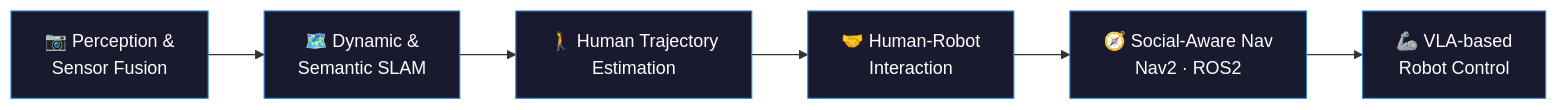
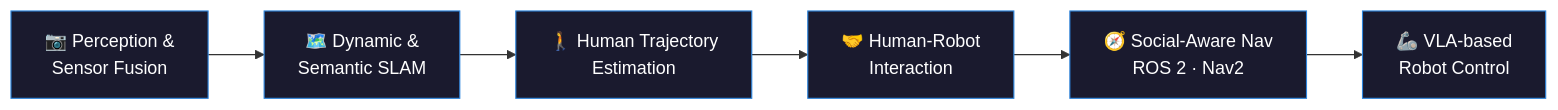
Before and after one commit to basheeraltawil/basheeraltawil: the diagram in README.md, drawn with Mermaid. The commit also changed other lines of this file, not shown here.

````diff
--- a/README.md
+++ b/README.md
@@ -27,15 +40,15 @@
 ```mermaid
 flowchart LR
-    A["📷 Perception &\nSensor Fusion"] --> B["🗺️ Dynamic &\nSemantic SLAM"]
-    B --> C["🚶 Human Trajectory\nEstimation"]
-    C --> D["🤝 Human-Robot\nInteraction"]
-    D --> E["🧭 Social-Aware Nav\nNav2 · ROS2"]
-    E --> F["🦾 VLA-based\nRobot Control"]
+    A["📷 Perception &<br/>Sensor Fusion"] --> B["🗺️ Dynamic &<br/>Semantic SLAM"]
+    B --> C["🚶 Human Trajectory<br/>Estimation"]
+    C --> D["🤝 Human-Robot<br/>Interaction"]
+    D --> E["🧭 Social-Aware Nav<br/>ROS 2 · Nav2"]
+    E --> F["🦾 VLA-based<br/>Robot Control"]
 
     style A fill:#1a1a2e,stroke:#2E86DE,color:#fff
     style B fill:#1a1a2e,stroke:#2E86DE,color:#fff
     style C fill:#1a1a2e,stroke:#2E86DE,color:#fff
     style D fill:#1a1a2e,stroke:#2E86DE,color:#fff
     style E fill:#1a1a2e,stroke:#2E86DE,color:#fff
     style F fill:#1a1a2e,stroke:#2E86DE,color:#fff
 ```
````
